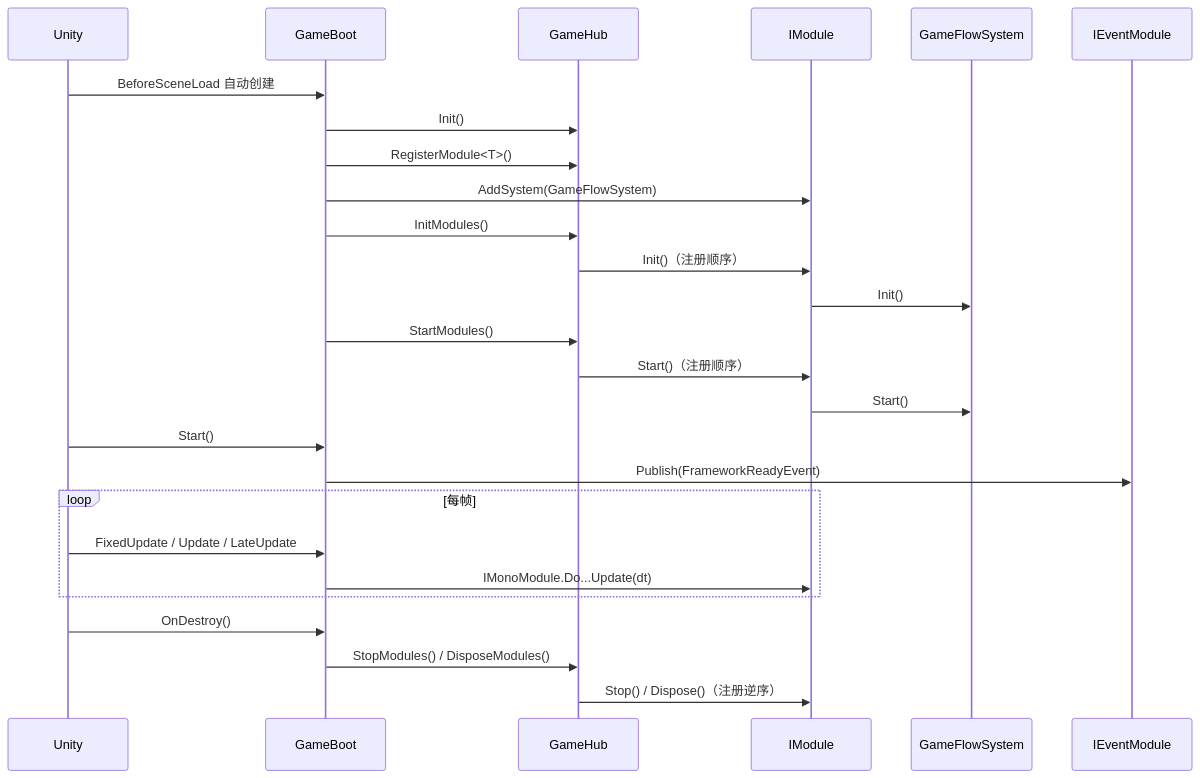
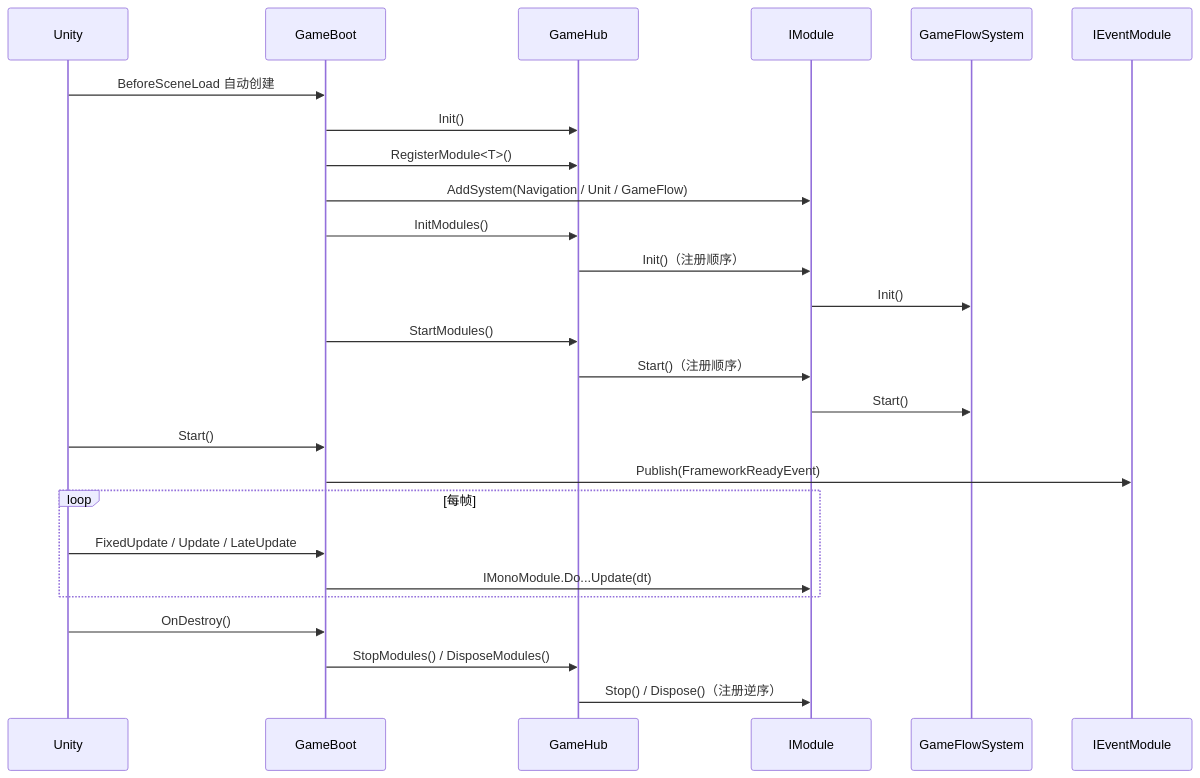
Before and after one commit to WLDZS/Tiny-Nations: the second of 5 diagrams in Assets/Doc/FrameworkNavigation.md, drawn with Mermaid. The commit also changed other lines of this file and 61 other files, not shown here.

````diff
--- a/Assets/Doc/FrameworkNavigation.md
+++ b/Assets/Doc/FrameworkNavigation.md
@@ -88,29 +87,29 @@
 ```mermaid
 sequenceDiagram
     participant Unity
     participant Boot as GameBoot
     participant Hub as GameHub
     participant Module as IModule
     participant GameFlow as GameFlowSystem
     participant Event as IEventModule
 
     Unity->>Boot: BeforeSceneLoad 自动创建
     Boot->>Hub: Init()
     Boot->>Hub: RegisterModule<T>()
-    Boot->>Module: AddSystem(GameFlowSystem)
+    Boot->>Module: AddSystem(Navigation / Unit / GameFlow)
     Boot->>Hub: InitModules()
     Hub->>Module: Init()（注册顺序）
     Module->>GameFlow: Init()
     Boot->>Hub: StartModules()
     Hub->>Module: Start()（注册顺序）
     Module->>GameFlow: Start()
     Unity->>Boot: Start()
     Boot->>Event: Publish(FrameworkReadyEvent)
     loop 每帧
         Unity->>Boot: FixedUpdate / Update / LateUpdate
         Boot->>Module: IMonoModule.Do...Update(dt)
     end
     Unity->>Boot: OnDestroy()
     Boot->>Hub: StopModules() / DisposeModules()
     Hub->>Module: Stop() / Dispose()（注册逆序）
 ```
````
